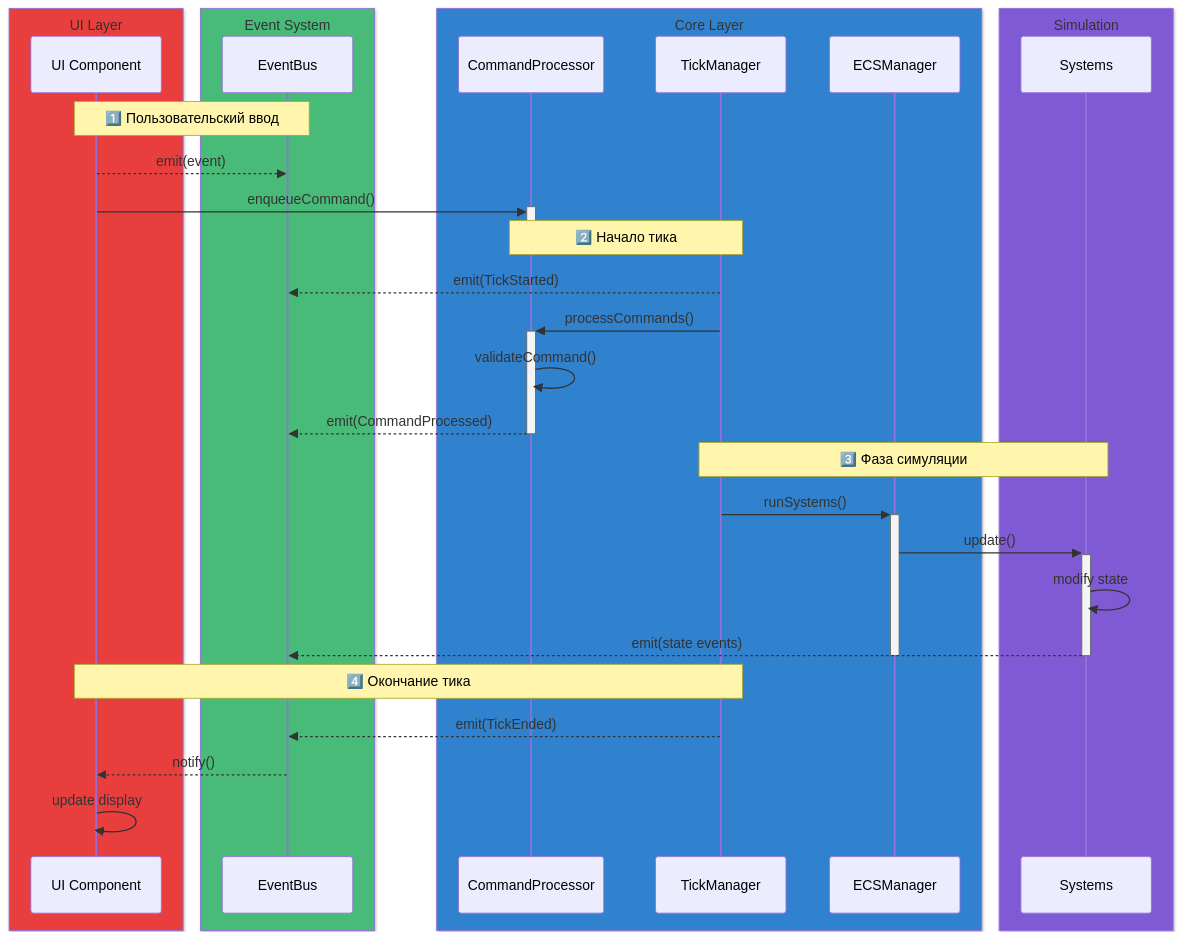
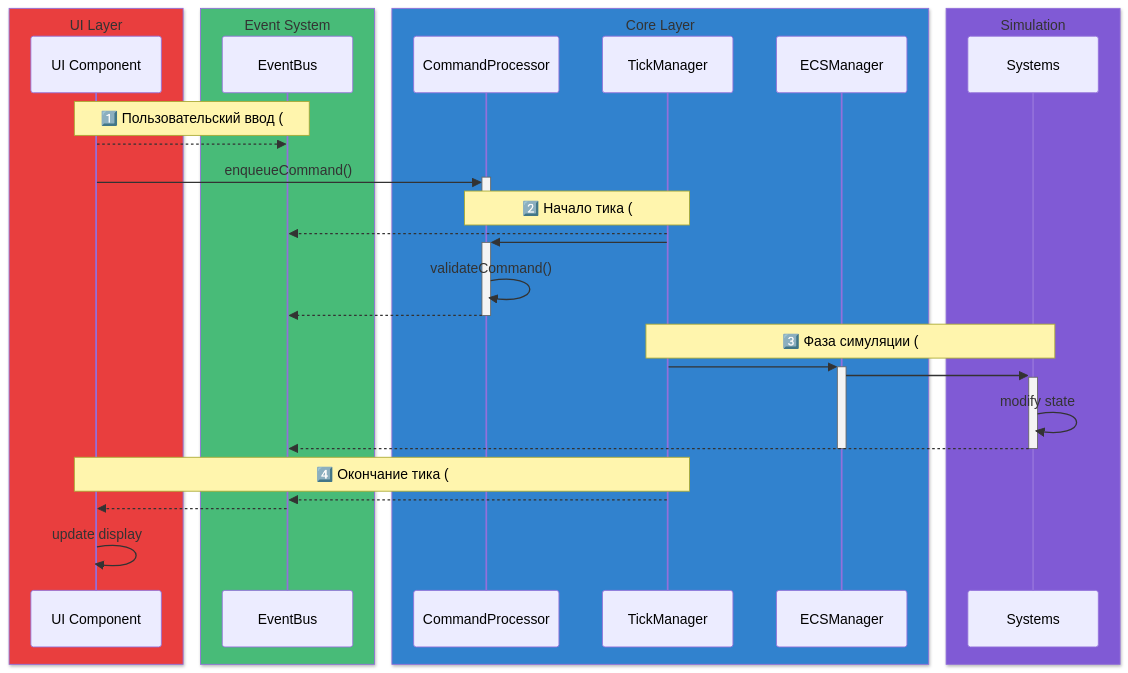
The fourth of 4 diagrams in docs/core_schema.md (B415Corp/script-city-mvp), drawn with Mermaid before and after one commit. The commit also changed other lines of this file, not shown here.

Commit message:
feat: обновлена документация схемы взаимодействий компонентов ядра с добавлением нумерации для упрощения навигации по взаимодействиям, описывающей создание и управление основными компонентами, такими как GameCore, EventBus и TickManager

````diff
--- a/docs/core_schema.md
+++ b/docs/core_schema.md
@@ -286,42 +286,42 @@
 ```mermaid
 sequenceDiagram
     box rgb(233, 62, 62) UI Layer
     participant UI as UI Component
     end
     box rgb(72, 187, 120) Event System
     participant EB as EventBus
     end
     box rgb(49, 130, 206) Core Layer
     participant CP as CommandProcessor
     participant TM as TickManager
     participant EM as ECSManager
     end
     box rgb(128, 90, 213) Simulation
     participant S as Systems
     end
 
-    Note over UI,EB: 1️⃣ Пользовательский ввод
-    UI-->>EB: emit(event)
+    Note over UI,EB: 1️⃣ Пользовательский ввод (#62-63)
+    UI-->>EB: #62-63: emit(event)
     UI->>+CP: enqueueCommand()
     deactivate CP
 
-    Note over TM,CP: 2️⃣ Начало тика
-    TM-->>EB: emit(TickStarted)
-    TM->>+CP: processCommands()
+    Note over TM,CP: 2️⃣ Начало тика (#12, #15)
+    TM-->>EB: #12: emit(TickStarted)
+    TM->>+CP: #15: processCommands()
     CP->>CP: validateCommand()
-    CP-->>EB: emit(CommandProcessed)
+    CP-->>EB: #18: emit(CommandProcessed)
     deactivate CP
 
-    Note over TM,S: 3️⃣ Фаза симуляции
-    TM->>+EM: runSystems()
-    EM->>+S: update()
+    Note over TM,S: 3️⃣ Фаза симуляции (#16, #23)
+    TM->>+EM: #16: runSystems()
+    EM->>+S: #23: update()
     S->>S: modify state
-    S-->>EB: emit(state events)
+    S-->>EB: #23: emit(state events)
     deactivate S
     deactivate EM
 
-    Note over TM,UI: 4️⃣ Окончание тика
-    TM-->>EB: emit(TickEnded)
-    EB-->>UI: notify()
+    Note over TM,UI: 4️⃣ Окончание тика (#12, #32-33)
+    TM-->>EB: #12: emit(TickEnded)
+    EB-->>UI: #32-33: notify()
     UI->>UI: update display
 ```
````
